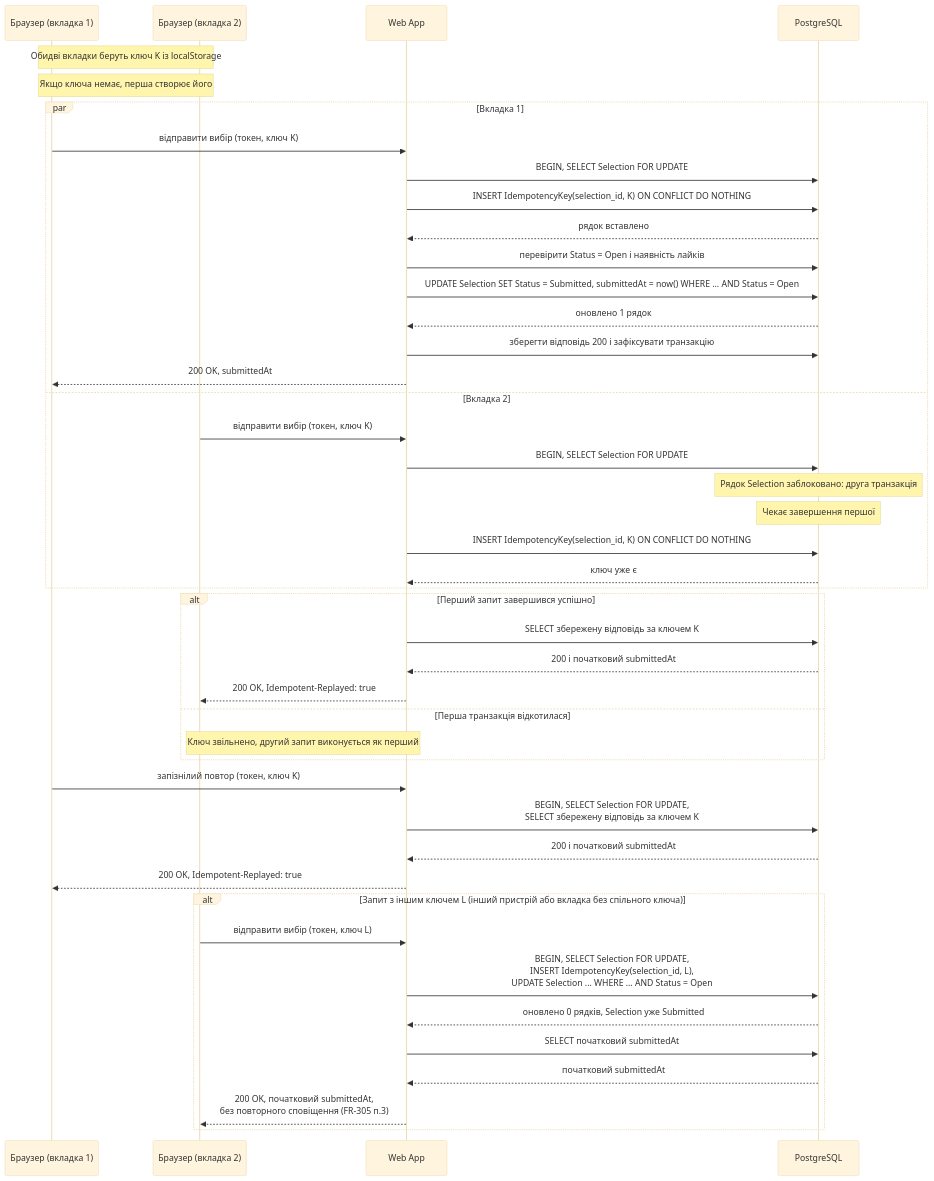
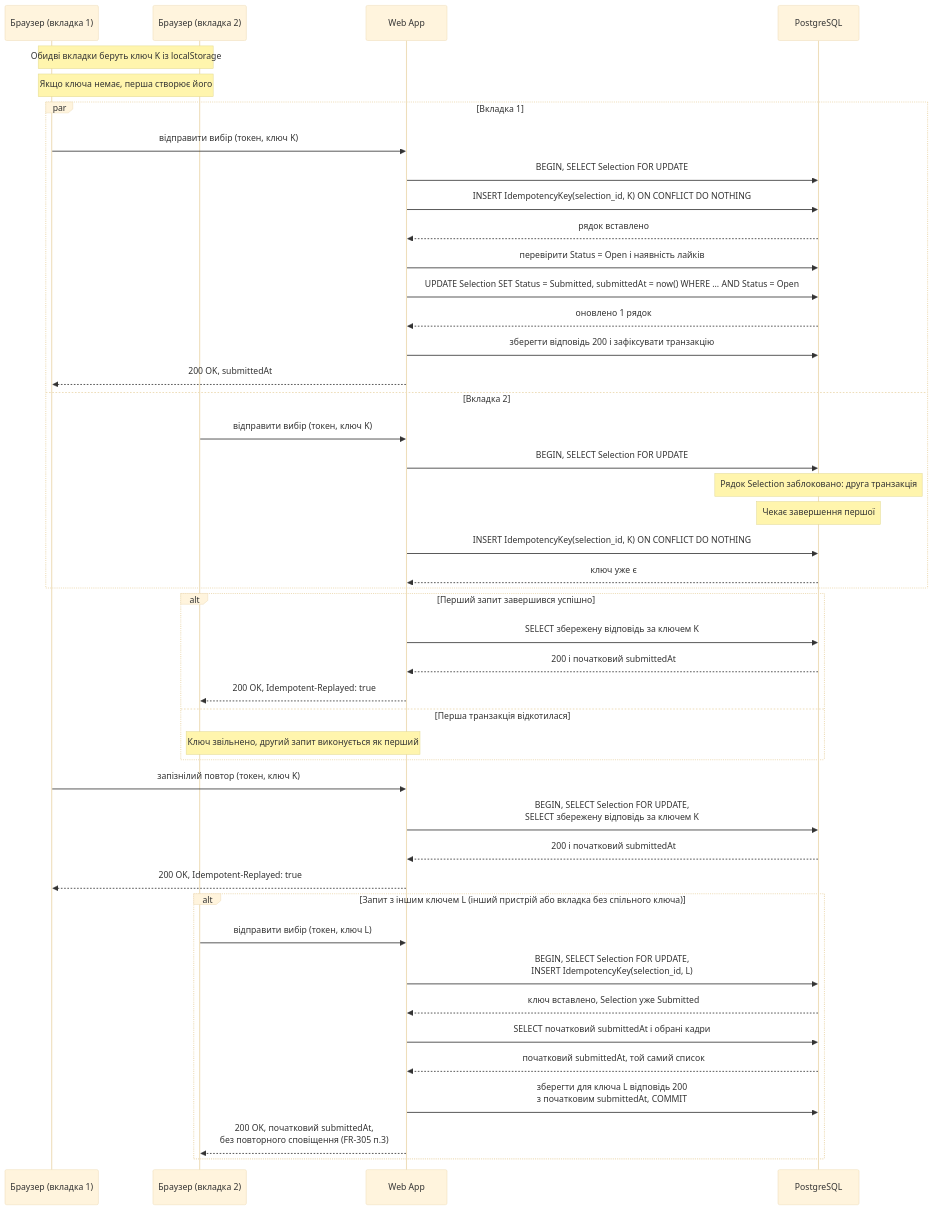
One commit to alonasaienko/picpick changed the diagram in docs/06-concurrency/cs-301-idempotency-key.md. Above: the diagram before and after it, drawn with Mermaid (base theme). The commit also changed other lines of this file, not shown here.

Commit message:
#39 CS-301: для нового ключа на Submitted зберегти відповідь і COMMIT перед 200

````diff
--- a/docs/06-concurrency/cs-301-idempotency-key.md
+++ b/docs/06-concurrency/cs-301-idempotency-key.md
@@ -27,47 +27,48 @@
 ```mermaid
 sequenceDiagram
     participant B1 as Браузер (вкладка 1)
     participant B2 as Браузер (вкладка 2)
     participant API as Web App
     participant DB as PostgreSQL
 
     Note over B1,B2: Обидві вкладки беруть ключ K із localStorage
     Note over B1,B2: Якщо ключа немає, перша створює його
     par Вкладка 1
         B1->>API: відправити вибір (токен, ключ K)
         API->>DB: BEGIN, SELECT Selection FOR UPDATE
         API->>DB: INSERT IdempotencyKey(selection_id, K) ON CONFLICT DO NOTHING
         DB-->>API: рядок вставлено
         API->>DB: перевірити Status = Open і наявність лайків
         API->>DB: UPDATE Selection SET Status = Submitted, submittedAt = now() WHERE ... AND Status = Open
         DB-->>API: оновлено 1 рядок
         API->>DB: зберегти відповідь 200 і зафіксувати транзакцію
         API-->>B1: 200 OK, submittedAt
     and Вкладка 2
         B2->>API: відправити вибір (токен, ключ K)
         API->>DB: BEGIN, SELECT Selection FOR UPDATE
         Note over DB: Рядок Selection заблоковано: друга транзакція
         Note over DB: Чекає завершення першої
         API->>DB: INSERT IdempotencyKey(selection_id, K) ON CONFLICT DO NOTHING
         DB-->>API: ключ уже є
     end
     alt Перший запит завершився успішно
         API->>DB: SELECT збережену відповідь за ключем K
         DB-->>API: 200 і початковий submittedAt
         API-->>B2: 200 OK, Idempotent-Replayed: true
     else Перша транзакція відкотилася
         Note over API,B2: Ключ звільнено, другий запит виконується як перший
     end
     B1->>API: запізнілий повтор (токен, ключ K)
     API->>DB: BEGIN, SELECT Selection FOR UPDATE,<br/>SELECT збережену відповідь за ключем K
     DB-->>API: 200 і початковий submittedAt
     API-->>B1: 200 OK, Idempotent-Replayed: true
     alt Запит з іншим ключем L (інший пристрій або вкладка без спільного ключа)
         B2->>API: відправити вибір (токен, ключ L)
-        API->>DB: BEGIN, SELECT Selection FOR UPDATE,<br/>INSERT IdempotencyKey(selection_id, L),<br/>UPDATE Selection ... WHERE ... AND Status = Open
-        DB-->>API: оновлено 0 рядків, Selection уже Submitted
-        API->>DB: SELECT початковий submittedAt
-        DB-->>API: початковий submittedAt
+        API->>DB: BEGIN, SELECT Selection FOR UPDATE,<br/>INSERT IdempotencyKey(selection_id, L)
+        DB-->>API: ключ вставлено, Selection уже Submitted
+        API->>DB: SELECT початковий submittedAt і обрані кадри
+        DB-->>API: початковий submittedAt, той самий список
+        API->>DB: зберегти для ключа L відповідь 200<br/>з початковим submittedAt, COMMIT
         API-->>B2: 200 OK, початковий submittedAt,<br/>без повторного сповіщення (FR-305 п.3)
     end
 ```
````
